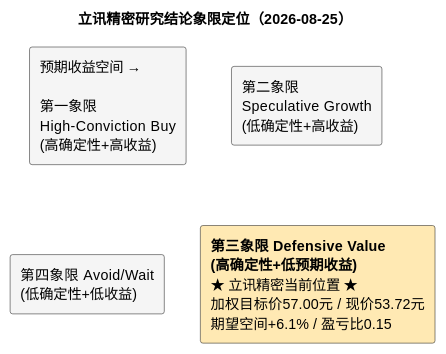
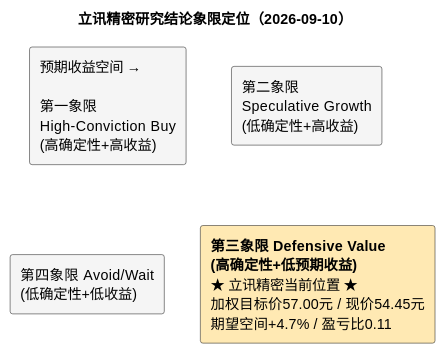
One commit to hrzzzrh/QuantPyLab changed the diagram in investigation/equities/立讯精密/reports/研报章节八：投资摘要与风险因素.md. Above: the diagram before and after it, drawn with PlantUML. The commit also changed other lines of this file and 691 other files, not shown here.

````diff
--- a/investigation/equities/立讯精密/reports/研报章节八：投资摘要与风险因素.md
+++ b/investigation/equities/立讯精密/reports/研报章节八：投资摘要与风险因素.md
@@ -63,16 +63,16 @@
 ```plantuml
 @startuml
 skinparam backgroundColor white
-title 立讯精密研究结论象限定位（2026-08-25）
+title 立讯精密研究结论象限定位（2026-09-10）
 
 rectangle "预期收益空间 →\n\n第一象限\nHigh-Conviction Buy\n(高确定性+高收益)" as Q1 #f5f5f5
 rectangle "第二象限\nSpeculative Growth\n(低确定性+高收益)" as Q2 #f5f5f5
 rectangle "第四象限 Avoid/Wait\n(低确定性+低收益)" as Q4 #f5f5f5
-rectangle "**第三象限 Defensive Value**\n**(高确定性+低预期收益)**\n★ 立讯精密当前位置 ★\n加权目标价57.00元 / 现价53.72元\n期望空间+6.1% / 盈亏比0.15" as Q3 #ffe9b3
+rectangle "**第三象限 Defensive Value**\n**(高确定性+低预期收益)**\n★ 立讯精密当前位置 ★\n加权目标价57.00元 / 现价54.45元\n期望空间+4.7% / 盈亏比0.11" as Q3 #ffe9b3
 
 Q1 -[hidden]right- Q2
 Q4 -[hidden]right- Q3
 Q1 -[hidden]down- Q4
 Q2 -[hidden]down- Q3
 @enduml
 ```
````
